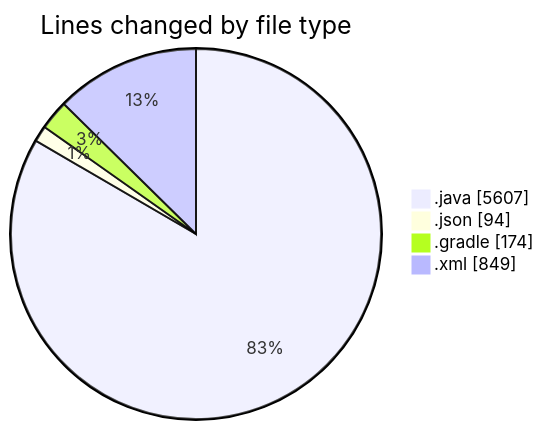
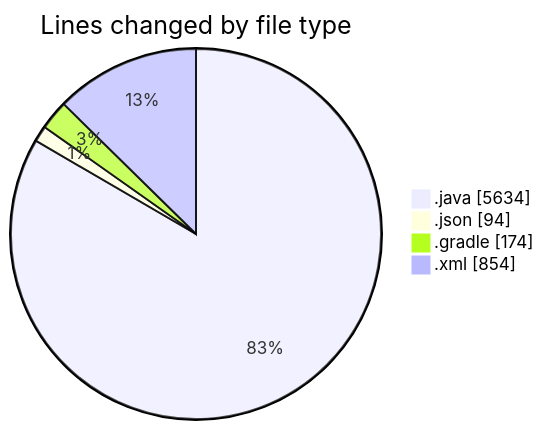
One commit to charlie-sans/code-tracking changed the first of 2 diagrams in 2025-02-22/micros/README.md. Above: the diagram before and after it, drawn with Mermaid. The commit also changed other lines of this file and 1 other file, not shown here.

````diff
--- a/2025-02-22/micros/README.md
+++ b/2025-02-22/micros/README.md
@@ -61,8 +61,8 @@
 ```mermaid
 pie showData
 title Lines changed by file type
-".java" : 5607
+".java" : 5634
 ".json" : 94
 ".gradle" : 174
-".xml" : 849
+".xml" : 854
 ```
````
